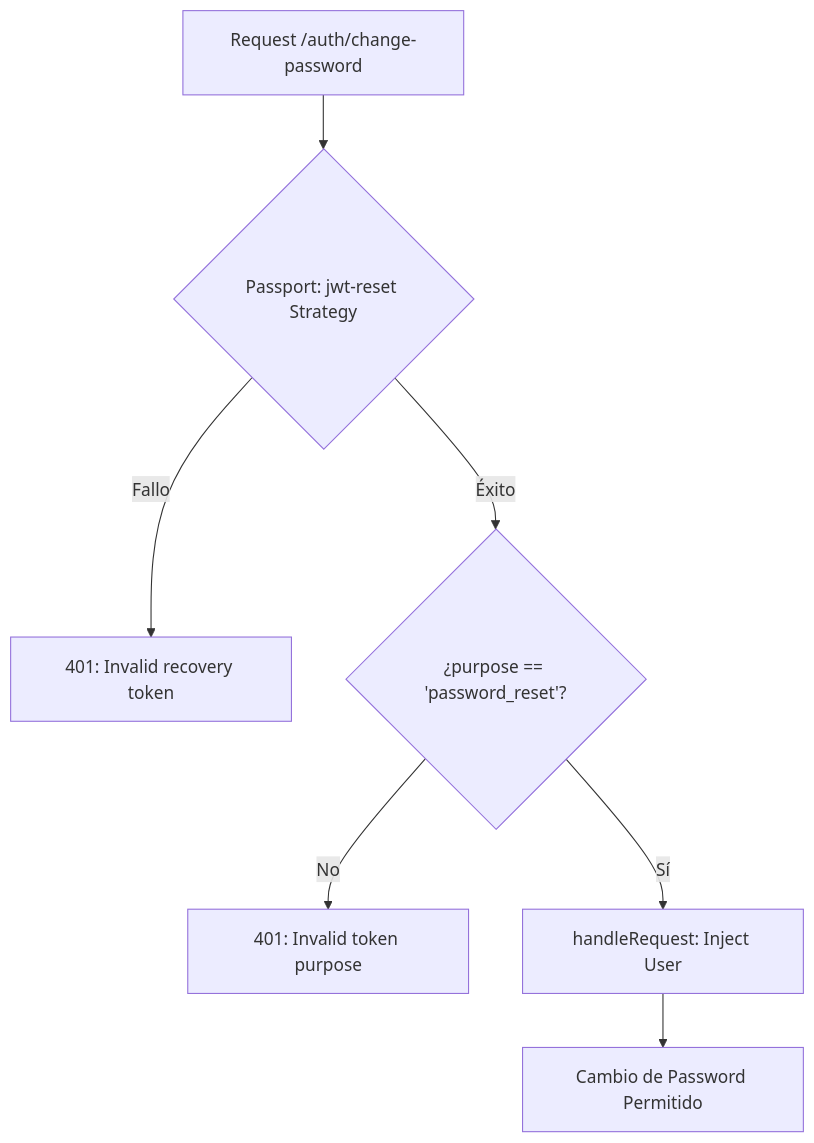
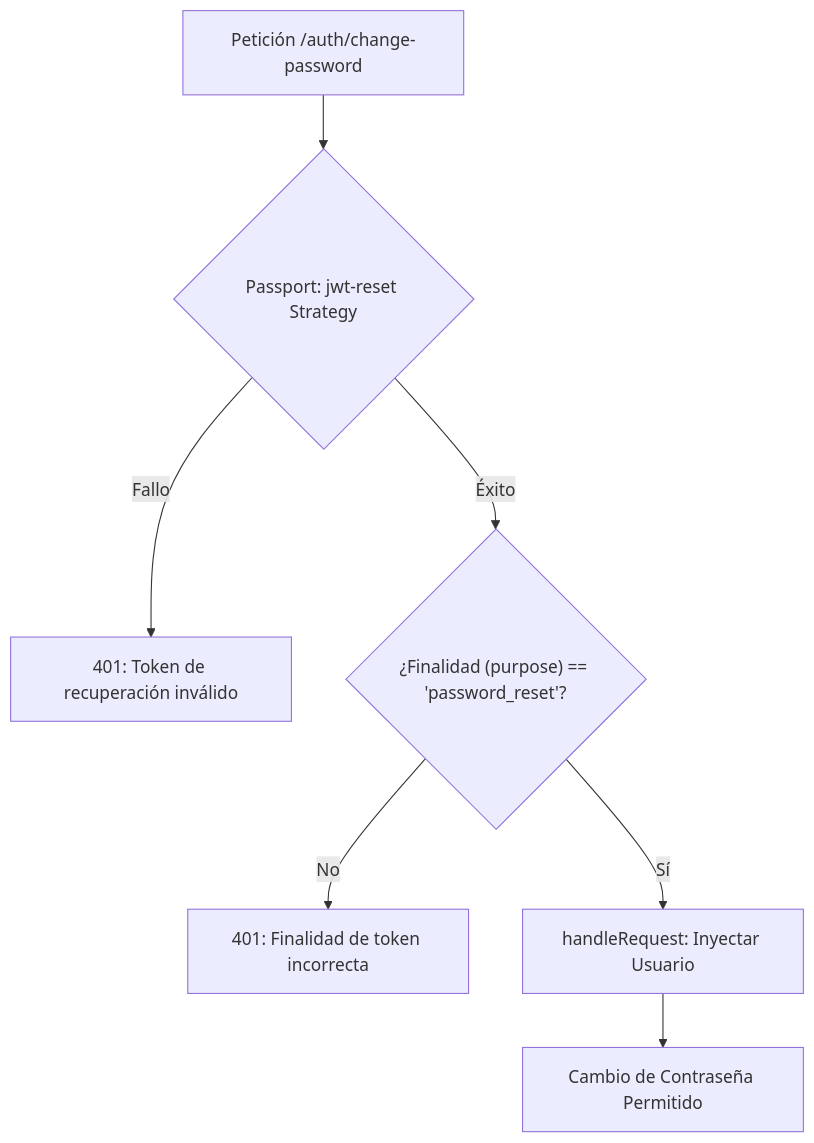
The diagram in docs/password-reset.md (freddyhcode/nestjs-auth-boilerplate), drawn with Mermaid before and after one commit. The commit also changed 1 other file, not shown here.

Commit message:
docs: translate the diagrams into spanish for better clarity.

````diff
--- a/docs/password-reset.md
+++ b/docs/password-reset.md
@@ -3,9 +3,9 @@
 ```mermaid
 flowchart TD
-    A[Request /auth/change-password] --> B{Passport: jwt-reset Strategy}
-    B -- Fallo --> C[401: Invalid recovery token]
-    B -- Éxito --> D{¿purpose == 'password_reset'?}
-    D -- No --> E[401: Invalid token purpose]
-    D -- Sí --> F[handleRequest: Inject User]
-    F --> G[Cambio de Password Permitido]
+    A[Petición /auth/change-password] --> B{Passport: jwt-reset Strategy}
+    B -- Fallo --> C["401: Token de recuperación inválido"]
+    B -- Éxito --> D{"¿Finalidad (purpose) == 'password_reset'?"}
+    D -- No --> E["401: Finalidad de token incorrecta"]
+    D -- Sí --> F[handleRequest: Inyectar Usuario]
+    F --> G[Cambio de Contraseña Permitido]
 ```
````
